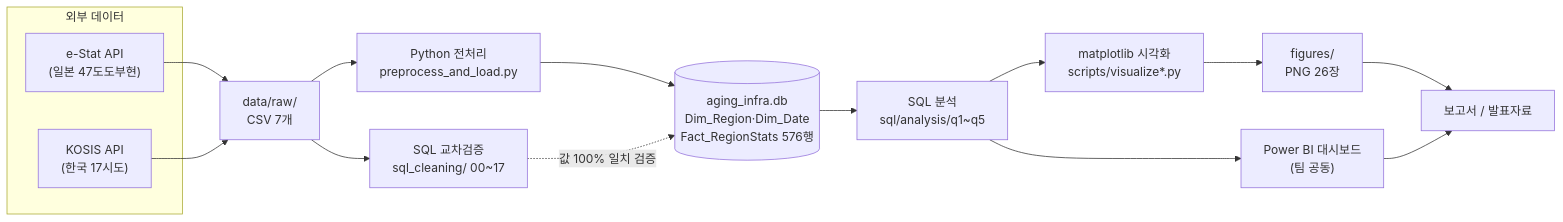
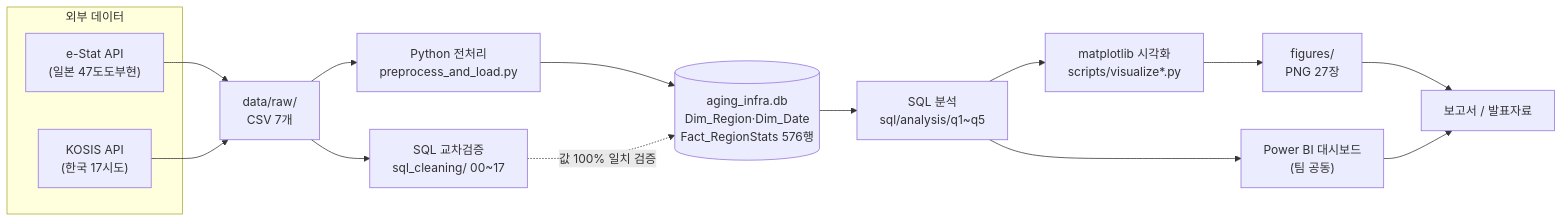
The diagram in README.md (idfunnytaim-svg/aging-infra-kr-jp), drawn with Mermaid before and after one commit. The commit also changed other lines of this file and 42 other files, not shown here.

````diff
--- a/README.md
+++ b/README.md
@@ -31,24 +31,24 @@
 ```mermaid
 flowchart LR
     subgraph Source["외부 데이터"]
         ESTAT["e-Stat API\n(일본 47도도부현)"]
         KOSIS["KOSIS API\n(한국 17시도)"]
     end
 
     ESTAT --> RAW["data/raw/\nCSV 7개"]
     KOSIS --> RAW
 
     RAW --> PY["Python 전처리\npreprocess_and_load.py"]
     RAW --> SQLV["SQL 교차검증\nsql_cleaning/ 00~17"]
 
     PY --> DB[("aging_infra.db\nDim_Region·Dim_Date\nFact_RegionStats 576행")]
     SQLV -. "값 100% 일치 검증" .-> DB
 
     DB --> ANALYSIS["SQL 분석\nsql/analysis/q1~q5"]
     ANALYSIS --> VIZ["matplotlib 시각화\nscripts/visualize*.py"]
-    VIZ --> FIG["figures/\nPNG 26장"]
+    VIZ --> FIG["figures/\nPNG 27장"]
     ANALYSIS --> PBI["Power BI 대시보드\n(팀 공동)"]
 
     FIG --> REPORT["보고서 / 발표자료"]
     PBI --> REPORT
 ```
````
